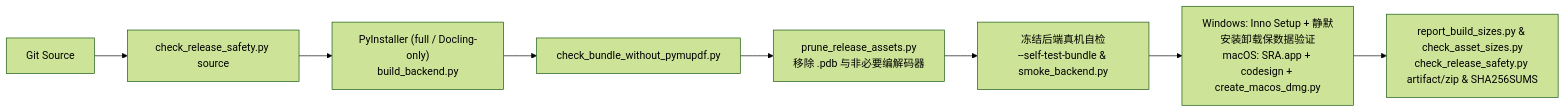
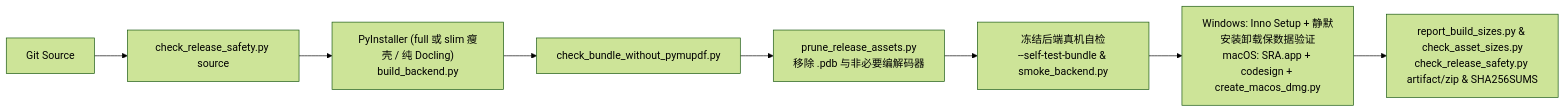
One commit to daseinzc-509/social-science-research-ide changed the second of 2 diagrams in docs/ARCHITECTURE.md. Above: the diagram before and after it, drawn with Mermaid (forest theme). The commit also changed other lines of this file and 17 other files, not shown here.

Commit message:
feat(v0.3): add managed CPU-only Docling engine, slim backend profile, and Model Center one-click installer

````diff
--- a/docs/ARCHITECTURE.md
+++ b/docs/ARCHITECTURE.md
@@ -156,10 +156,10 @@
 ```mermaid
 flowchart LR
     Src["Git Source"] --> Gate1["check_release_safety.py source"]
-    Gate1 --> Freeze["PyInstaller (full / Docling-only)<br/>build_backend.py"]
+    Gate1 --> Freeze["PyInstaller (full 或 slim 瘦壳 / 纯 Docling)<br/>build_backend.py"]
     Freeze --> NoPyMuPDF["check_bundle_without_pymupdf.py"]
     NoPyMuPDF --> Prune["prune_release_assets.py<br/>移除 .pdb 与非必要编解码器"]
     Prune --> Probe["冻结后端真机自检<br/>--self-test-bundle & smoke_backend.py"]
     Probe --> Pack["Windows: Inno Setup + 静默安装卸载保数据验证<br/>macOS: SRA.app + codesign + create_macos_dmg.py"]
     Pack --> Audit["report_build_sizes.py & check_asset_sizes.py<br/>check_release_safety.py artifact/zip & SHA256SUMS"]
 ```
````
